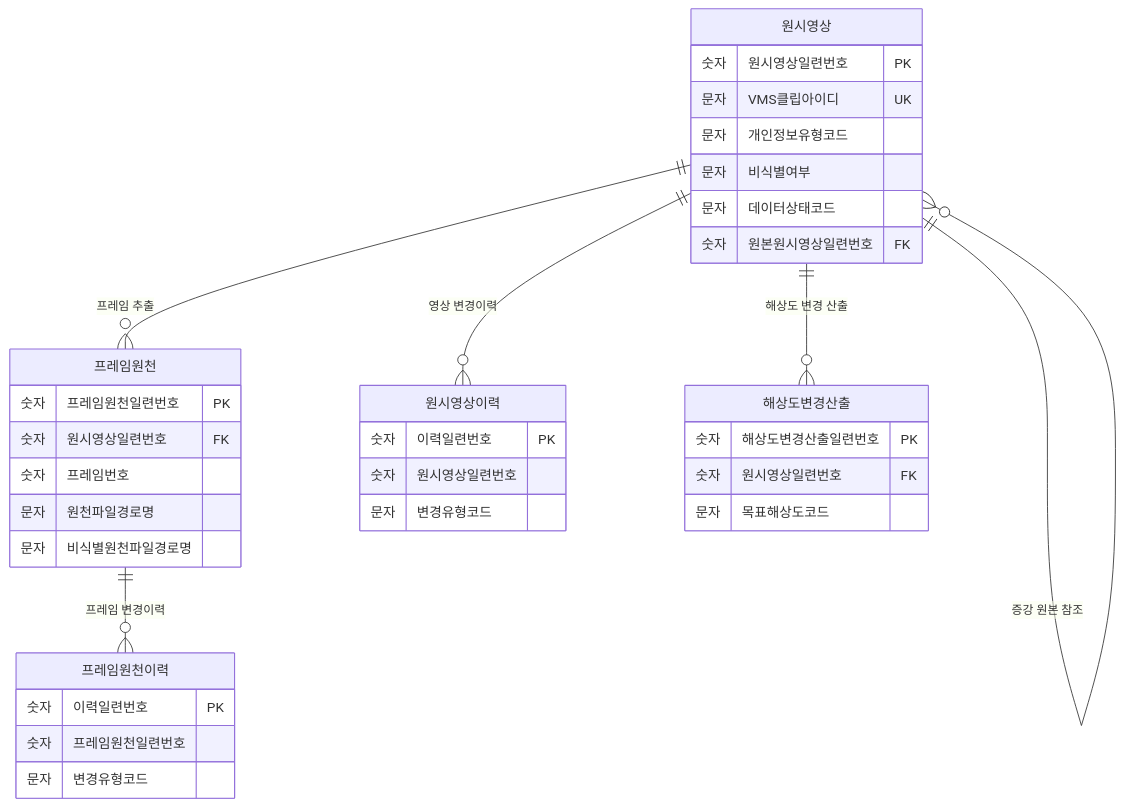
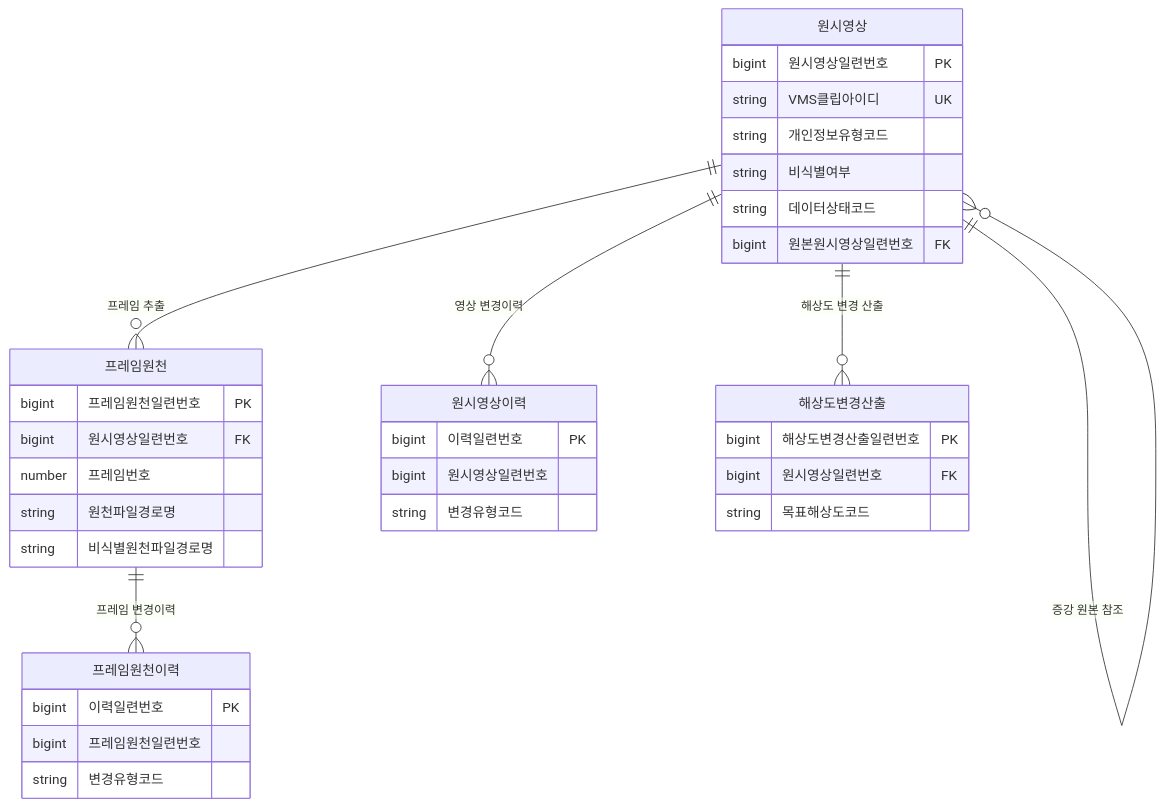
One commit to New-stella/klid-label changed the first of 14 diagrams in docs/0705/D8-엔티티관계모형설계서.md. Above: the diagram before and after it, drawn with Mermaid. The commit also changed other lines of this file and 1 other file, not shown here.

First line of the commit message:
docs(D8): §2 속성명 한글화 + §1 ERD 타입 물리 원형 복원

````diff
--- a/docs/0705/D8-엔티티관계모형설계서.md
+++ b/docs/0705/D8-엔티티관계모형설계서.md
@@ -53,43 +53,43 @@
 ```mermaid
 erDiagram
     원시영상 ||--o{ 프레임원천 : "프레임 추출"
     원시영상 ||--o{ 원시영상이력 : "영상 변경이력"
     프레임원천 ||--o{ 프레임원천이력 : "프레임 변경이력"
     원시영상 ||--o{ 해상도변경산출 : "해상도 변경 산출"
     원시영상 ||--o{ 원시영상 : "증강 원본 참조"
     원시영상 {
         %% class: LsDataRaw (KLID-AT-DC-012)
-        숫자 원시영상일련번호 PK
-        문자 VMS클립아이디 UK
-        문자 개인정보유형코드
-        문자 비식별여부
-        문자 데이터상태코드
-        숫자 원본원시영상일련번호 FK
+        bigint 원시영상일련번호 PK
+        string VMS클립아이디 UK
+        string 개인정보유형코드
+        string 비식별여부
+        string 데이터상태코드
+        bigint 원본원시영상일련번호 FK
     }
     프레임원천 {
         %% class: LsDataSrc (KLID-AT-DC-043)
-        숫자 프레임원천일련번호 PK
-        숫자 원시영상일련번호 FK
-        숫자 프레임번호
-        문자 원천파일경로명
-        문자 비식별원천파일경로명
+        bigint 프레임원천일련번호 PK
+        bigint 원시영상일련번호 FK
+        number 프레임번호
+        string 원천파일경로명
+        string 비식별원천파일경로명
     }
     원시영상이력 {
         %% class: - ※ (D1 미정의 · 부속/이력 엔티티)
-        숫자 이력일련번호 PK
-        숫자 원시영상일련번호
-        문자 변경유형코드
+        bigint 이력일련번호 PK
+        bigint 원시영상일련번호
+        string 변경유형코드
     }
     프레임원천이력 {
         %% class: - ※ (D1 미정의 · 부속/이력 엔티티)
-        숫자 이력일련번호 PK
-        숫자 프레임원천일련번호
-        문자 변경유형코드
+        bigint 이력일련번호 PK
+        bigint 프레임원천일련번호
+        string 변경유형코드
     }
     해상도변경산출 {
         %% class: LsResolutionExport (KLID-AT-DC-017)
-        숫자 해상도변경산출일련번호 PK
-        숫자 원시영상일련번호 FK
-        문자 목표해상도코드
+        bigint 해상도변경산출일련번호 PK
+        bigint 원시영상일련번호 FK
+        string 목표해상도코드
     }
 ```
````
